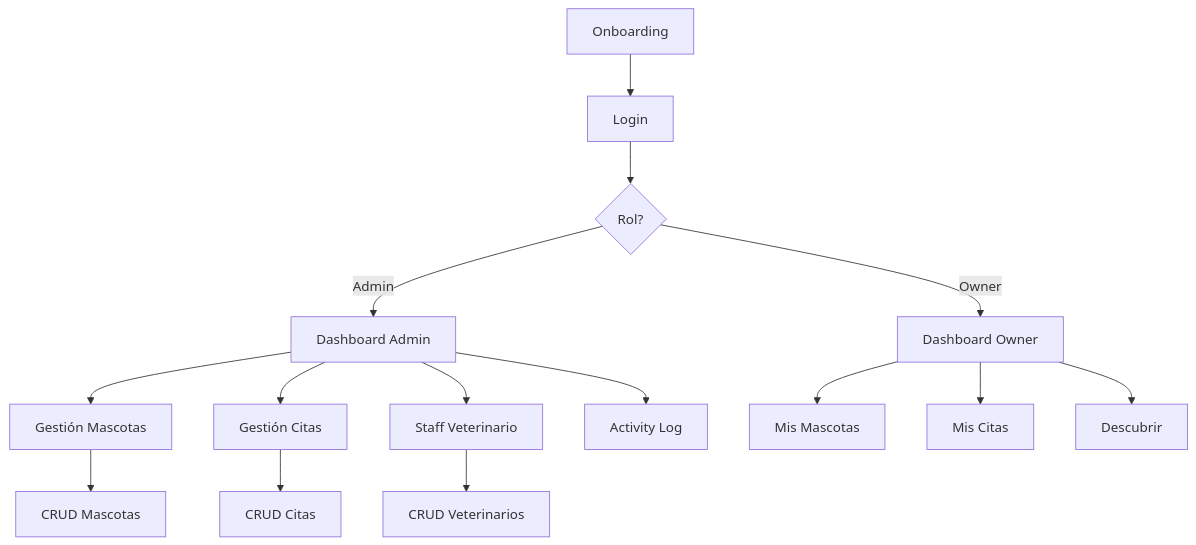
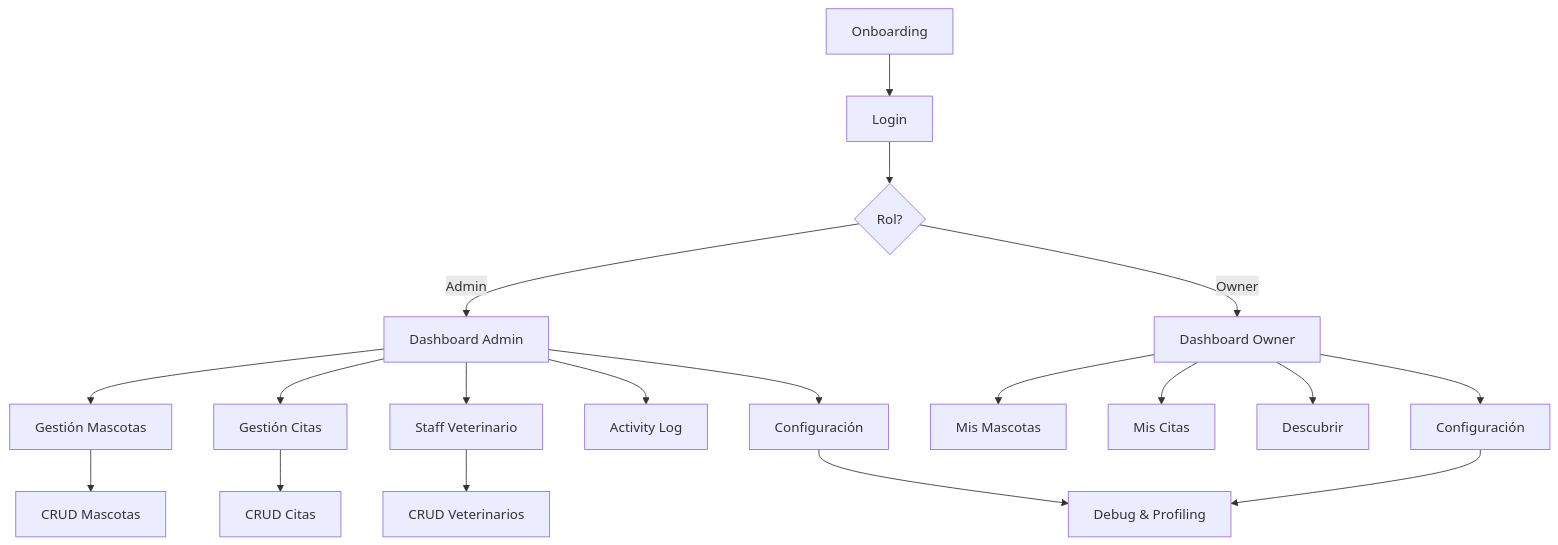
One commit to RodrigoSanchezDev/vetcare-android-kotlin-compose-mvvm changed the diagram in README.md. Above: the diagram before and after it, drawn with Mermaid. The commit also changed other lines of this file and 13 other files, not shown here.

````diff
--- a/README.md
+++ b/README.md
@@ -617,20 +677,25 @@
 ```mermaid
 graph TD
     A[Onboarding] --> B[Login]
     B --> C{Rol?}
     C -->|Admin| D[Dashboard Admin]
     C -->|Owner| E[Dashboard Owner]
     
     D --> F[Gestión Mascotas]
     D --> G[Gestión Citas]
     D --> H[Staff Veterinario]
     D --> I[Activity Log]
+    D --> P[Configuración]
     
     E --> J[Mis Mascotas]
     E --> K[Mis Citas]
     E --> L[Descubrir]
+    E --> Q[Configuración]
+    
+    P --> R[Debug & Profiling]
+    Q --> R
     
     F --> M[CRUD Mascotas]
     G --> N[CRUD Citas]
     H --> O[CRUD Veterinarios]
 ```
````
